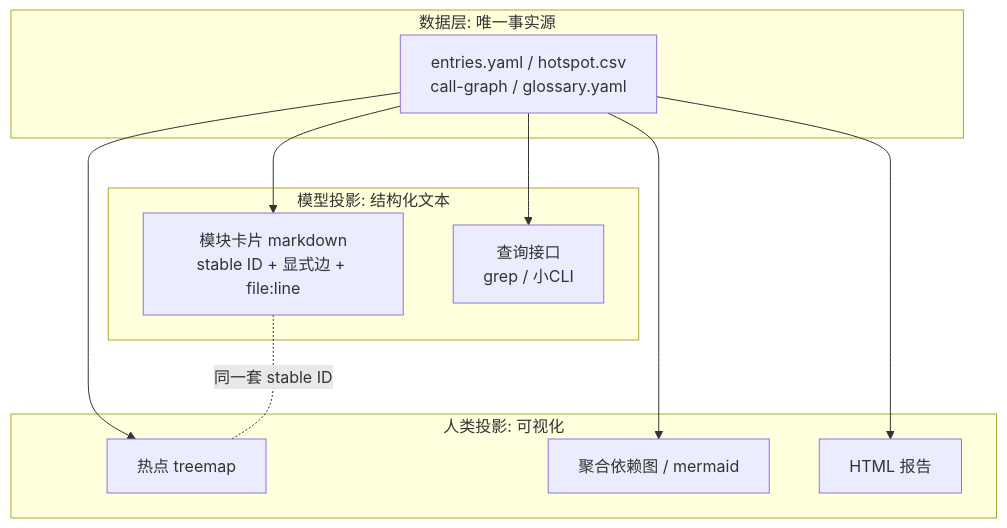
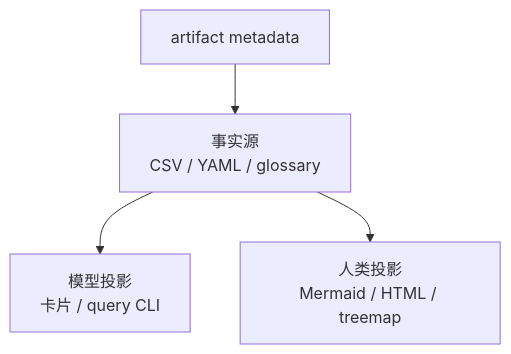
One commit to makotogu/codebase-analysis-methodology changed the diagram in 07-面向人与模型的表示.md. Above: the diagram before and after it, drawn with Mermaid. The commit also changed other lines of this file and 58 other files, not shown here.

````diff
--- a/07-面向人与模型的表示.md
+++ b/07-面向人与模型的表示.md
@@ -17,21 +7,6 @@
 ```mermaid
 flowchart TB
-    subgraph dataLayer [数据层: 唯一事实源]
-        yamlData["entries.yaml / hotspot.csv<br/>call-graph / glossary.yaml"]
-    end
-    subgraph modelLayer [模型投影: 结构化文本]
-        cards["模块卡片 markdown<br/>stable ID + 显式边 + file:line"]
-        queryTool["查询接口<br/>grep / 小CLI"]
-    end
-    subgraph humanLayer [人类投影: 可视化]
-        treemap["热点 treemap"]
-        depGraph["聚合依赖图 / mermaid"]
-        report["HTML 报告"]
-    end
-    yamlData --> cards
-    yamlData --> queryTool
-    yamlData --> treemap
-    yamlData --> depGraph
-    yamlData --> report
-    cards -.同一套 stable ID.- treemap
+    facts["事实源<br/>CSV / YAML / glossary"] --> model["模型投影<br/>卡片 / query CLI"]
+    facts --> human["人类投影<br/>Mermaid / HTML / treemap"]
+    metadata["artifact metadata"] --> facts
 ```
````
